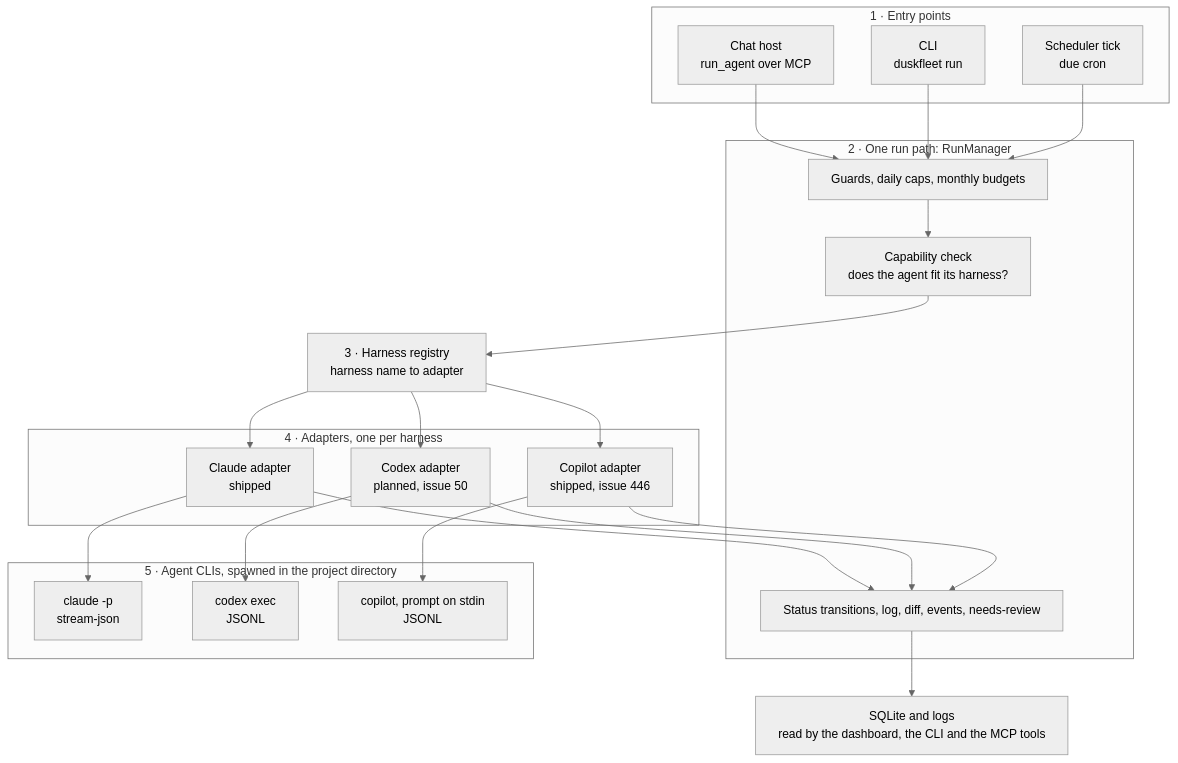
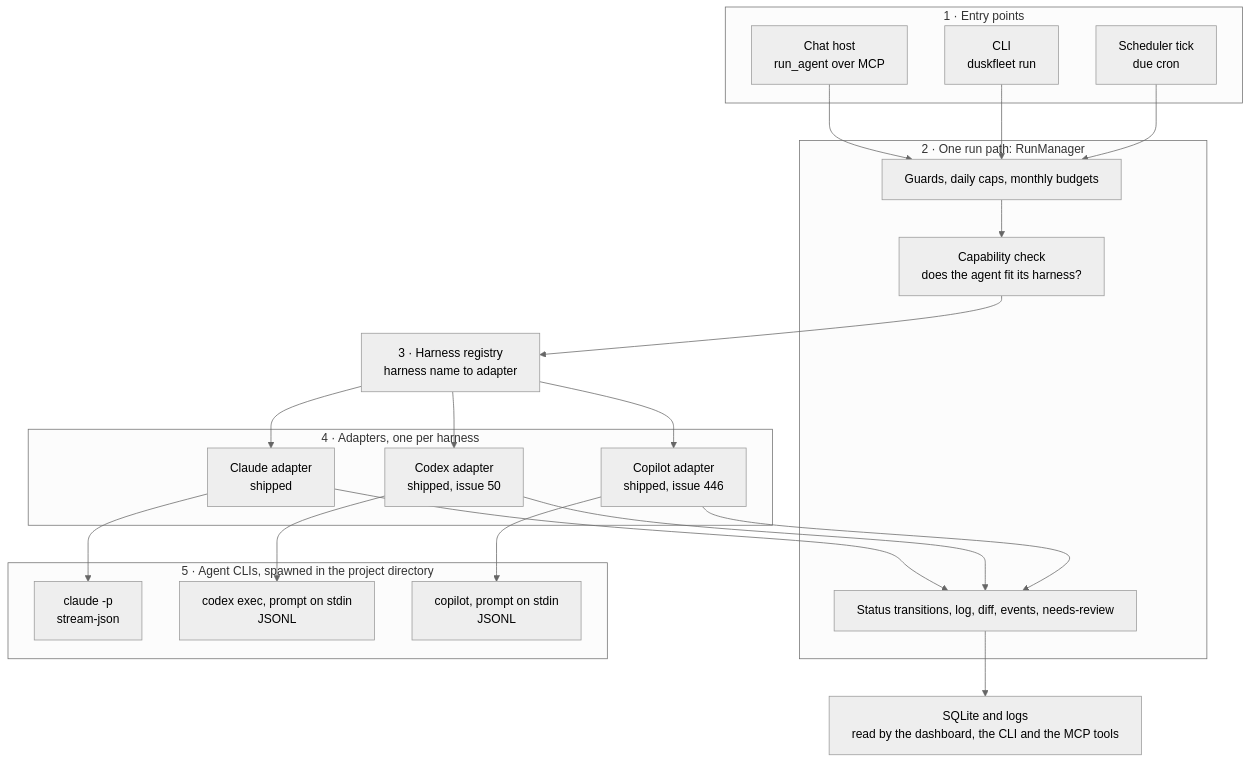
One commit to duskfleet/duskfleet changed the first of 5 diagrams in docs/harnesses.md. Above: the diagram before and after it, drawn with Mermaid (neutral theme). The commit also changed other lines of this file and 21 other files, not shown here.

````diff
--- a/docs/harnesses.md
+++ b/docs/harnesses.md
@@ -21,47 +21,47 @@
 ```mermaid
 %%{init: {"flowchart": {"wrappingWidth": 420}}}%%
 flowchart TB
     subgraph entry ["1 · Entry points"]
         chat["Chat host<br/>run_agent over MCP"]
         cli["CLI<br/>duskfleet run"]
         sched["Scheduler tick<br/>due cron"]
     end
 
     subgraph core ["2 · One run path: RunManager"]
         guards["Guards, daily caps, monthly budgets"]
         fit["Capability check<br/>does the agent fit its harness?"]
         life["Status transitions, log, diff, events, needs-review"]
     end
 
     registry["3 · Harness registry<br/>harness name to adapter"]
 
     subgraph adapters ["4 · Adapters, one per harness"]
         a1["Claude adapter<br/>shipped"]
-        a2["Codex adapter<br/>planned, issue 50"]
+        a2["Codex adapter<br/>shipped, issue 50"]
         a3["Copilot adapter<br/>shipped, issue 446"]
     end
 
     subgraph clis ["5 · Agent CLIs, spawned in the project directory"]
         c1["claude -p<br/>stream-json"]
-        c2["codex exec<br/>JSONL"]
+        c2["codex exec, prompt on stdin<br/>JSONL"]
         c3["copilot, prompt on stdin<br/>JSONL"]
     end
 
     store["SQLite and logs<br/>read by the dashboard, the CLI and the MCP tools"]
 
     chat --> guards
     cli --> guards
     sched --> guards
     guards --> fit
     fit --> registry
     registry --> a1
     registry --> a2
     registry --> a3
     a1 --> c1
     a2 --> c2
     a3 --> c3
     a1 --> life
     a2 --> life
     a3 --> life
     life --> store
 ```
````
